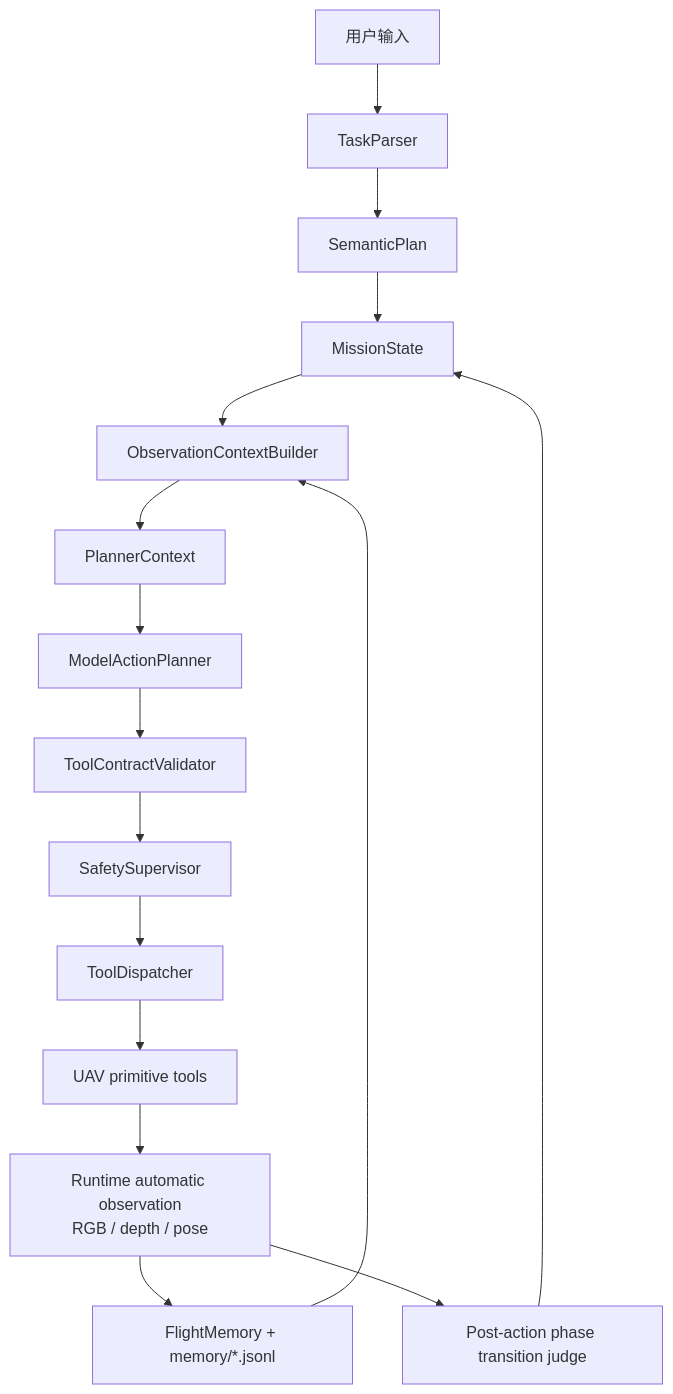
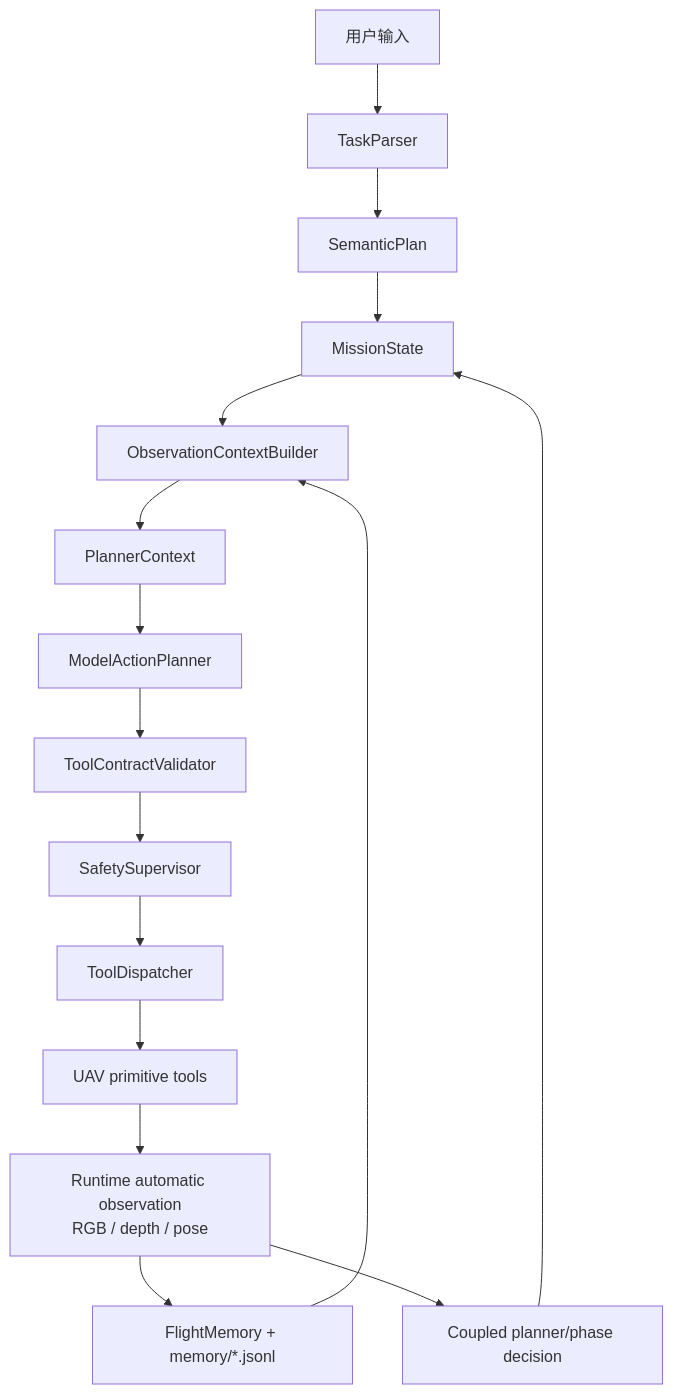
The diagram in docs/mvp_plan.md (LZ6years/AeroPilot), drawn with Mermaid before and after one commit. The commit also changed other lines of this file and 85 other files, not shown here.

````diff
--- a/docs/mvp_plan.md
+++ b/docs/mvp_plan.md
@@ -23,18 +23,18 @@
 ```mermaid
 flowchart TD
     U["用户输入"] --> TP["TaskParser"]
     TP --> SP["SemanticPlan"]
     SP --> MS["MissionState"]
     MS --> CB["ObservationContextBuilder"]
     CB --> PC["PlannerContext"]
     PC --> MAP["ModelActionPlanner"]
     MAP --> TCV["ToolContractValidator"]
     TCV --> SS["SafetySupervisor"]
     SS --> TD["ToolDispatcher"]
     TD --> UAV["UAV primitive tools"]
     UAV --> OBS["Runtime automatic observation<br/>RGB / depth / pose"]
     OBS --> MEM["FlightMemory + memory/*.jsonl"]
     MEM --> CB
-    OBS --> J["Post-action phase transition judge"]
+    OBS --> J["Coupled planner/phase decision"]
     J --> MS
 ```
````
